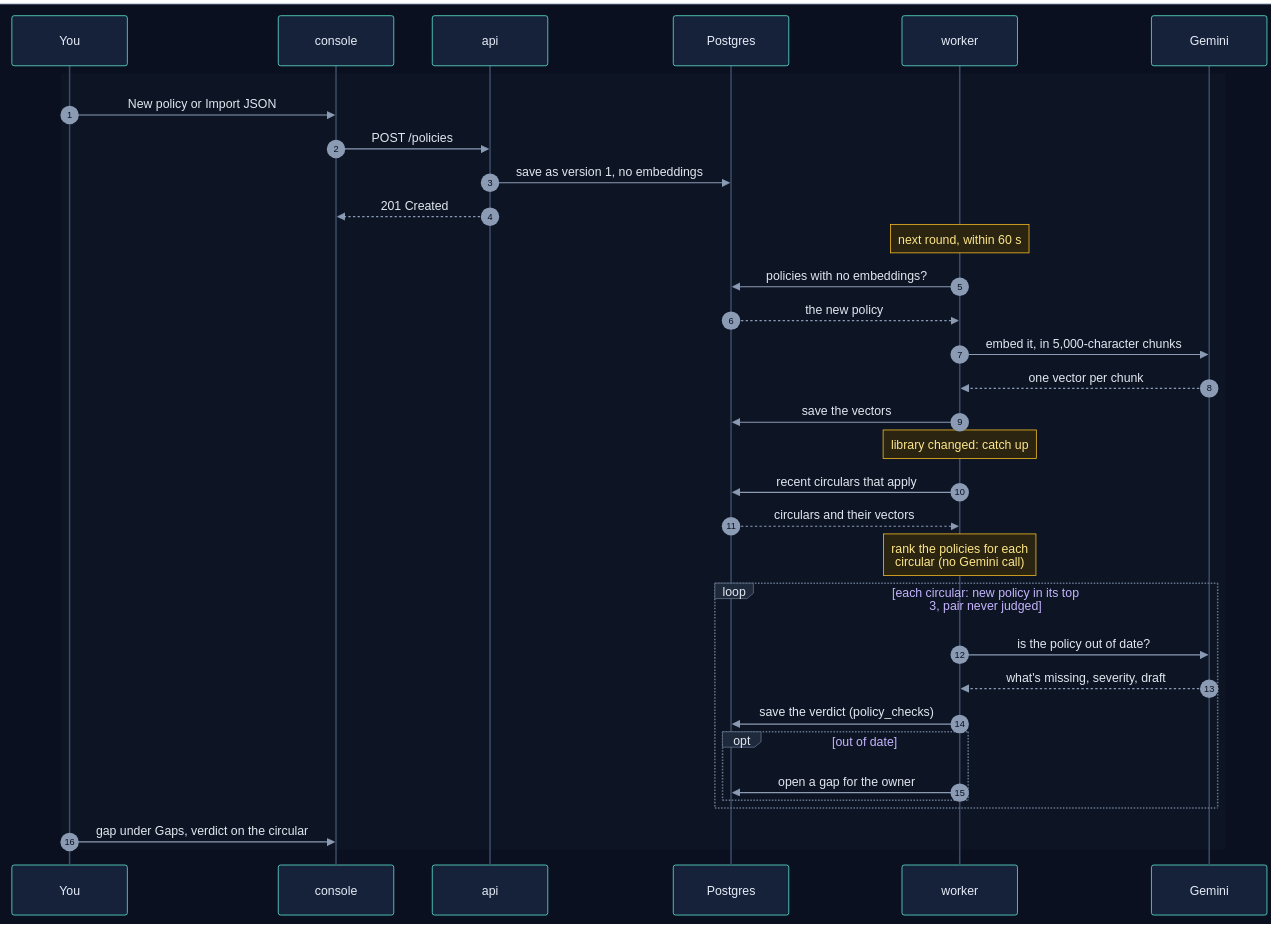
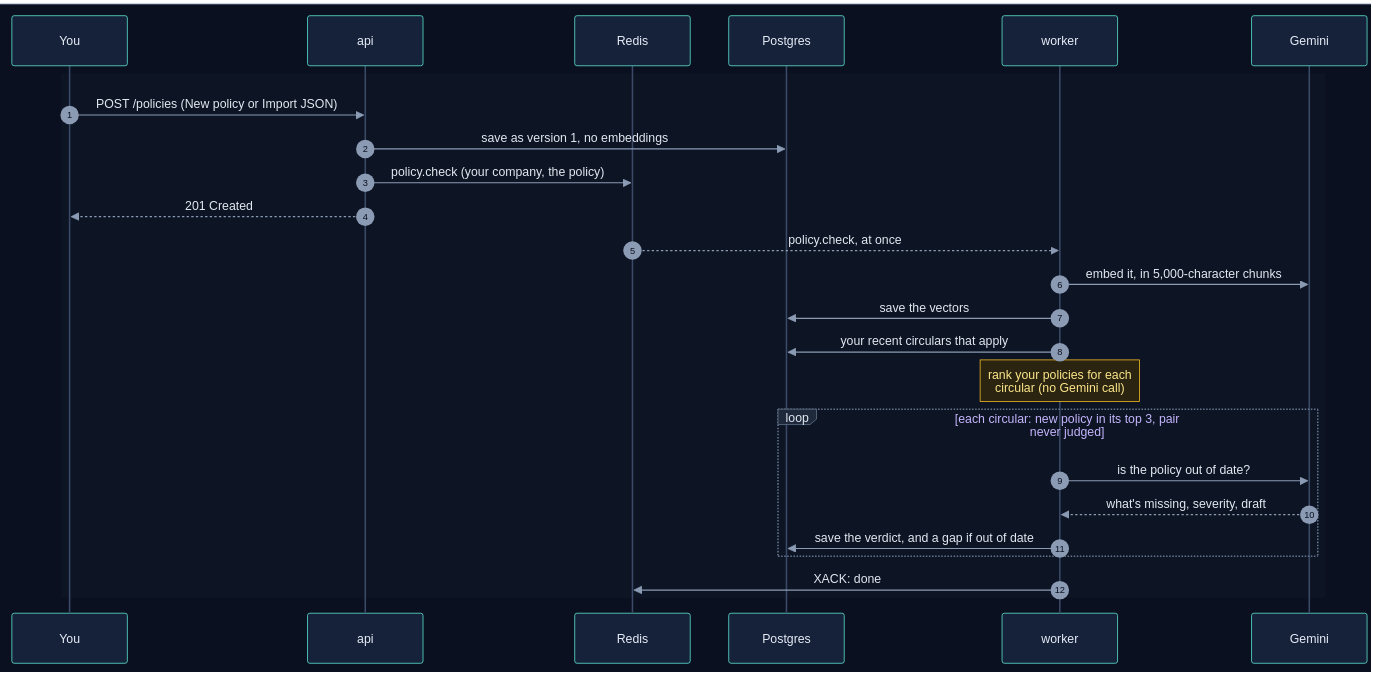
Diagram 11 of 22 in how_it_works.md (selvakumarperumal/Regulatory_Circular_Impact_Agent), drawn with Mermaid before and after one commit. The commit also changed other lines of this file and 8 other files, not shown here.

````diff
--- a/how_it_works.md
+++ b/how_it_works.md
@@ -984,39 +780,31 @@
 ```mermaid
 %%{init: {"theme": "base", "sequence": {"diagramMarginX": 0, "diagramMarginY": 0}, "themeVariables": {"darkMode": true, "primaryColor": "#16213a", "primaryTextColor": "#e6edf7", "primaryBorderColor": "#475a7a", "lineColor": "#8b9bb4", "secondaryColor": "#1b2436", "tertiaryColor": "#101a2e", "edgeLabelBackground": "#0f172a", "textColor": "#e2e8f0", "actorBkg": "#16213a", "actorBorder": "#5eead4", "actorTextColor": "#e6edf7", "actorLineColor": "#3b4a66", "signalColor": "#8b9bb4", "signalTextColor": "#e2e8f0", "noteBkgColor": "#2a2410", "noteBorderColor": "#fbbf24", "noteTextColor": "#fde68a", "labelBoxBkgColor": "#1e293b", "labelBoxBorderColor": "#64748b", "labelTextColor": "#e2e8f0", "loopTextColor": "#c4b5fd", "sequenceNumberColor": "#0b1020", "activationBkgColor": "#1e293b"}}}%%
 sequenceDiagram
     autonumber
     box rgb(11, 16, 32)
         participant U as You
-        participant F as console
         participant A as api
+        participant Q as Redis
         participant DB as Postgres
         participant K as worker
         participant G as Gemini
     end
 
     rect rgb(13, 20, 36)
-        U->>F: New policy or Import JSON
-        F->>A: POST /policies
+        U->>A: POST /policies (New policy or Import JSON)
         A->>DB: save as version 1, no embeddings
-        A-->>F: 201 Created
-        Note over K: next round, within 60 s
-        K->>DB: policies with no embeddings?
-        DB-->>K: the new policy
+        A->>Q: policy.check (your company, the policy)
+        A-->>U: 201 Created
+        Q-->>K: policy.check, at once
         K->>G: embed it, in 5,000-character chunks
-        G-->>K: one vector per chunk
         K->>DB: save the vectors
-        Note over K: library changed: catch up
-        K->>DB: recent circulars that apply
-        DB-->>K: circulars and their vectors
-        Note over K: rank the policies for each<br/>circular (no Gemini call)
+        K->>DB: your recent circulars that apply
+        Note over K: rank your policies for each<br/>circular (no Gemini call)
         loop each circular: new policy in its top 3, pair never judged
             K->>G: is the policy out of date?
             G-->>K: what's missing, severity, draft
-            K->>DB: save the verdict (policy_checks)
-            opt out of date
-                K->>DB: open a gap for the owner
-            end
+            K->>DB: save the verdict, and a gap if out of date
         end
-        U->>F: gap under Gaps, verdict on the circular
+        K->>Q: XACK: done
     end
 ```
````
